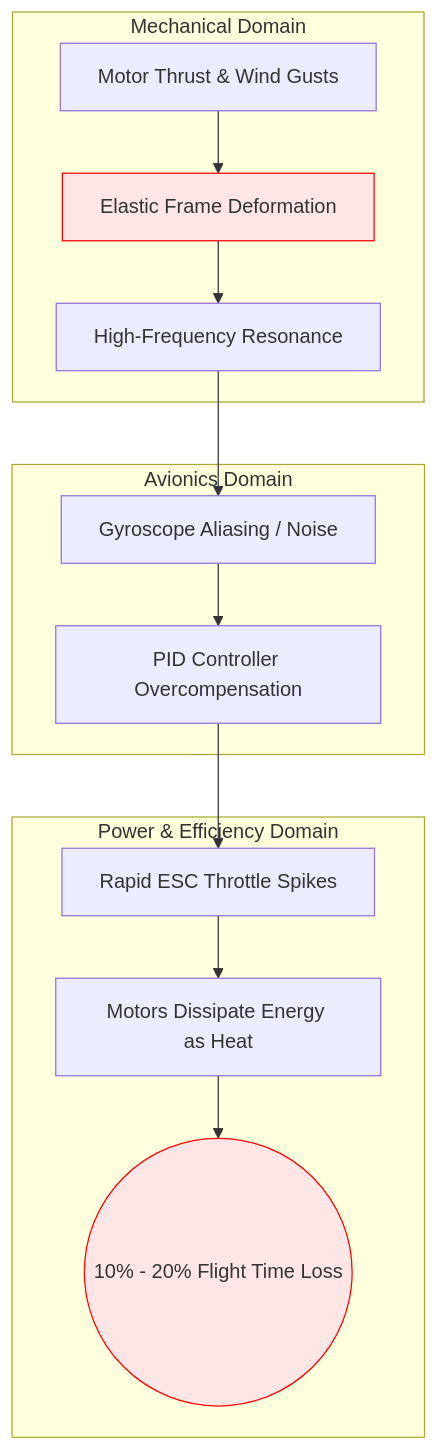
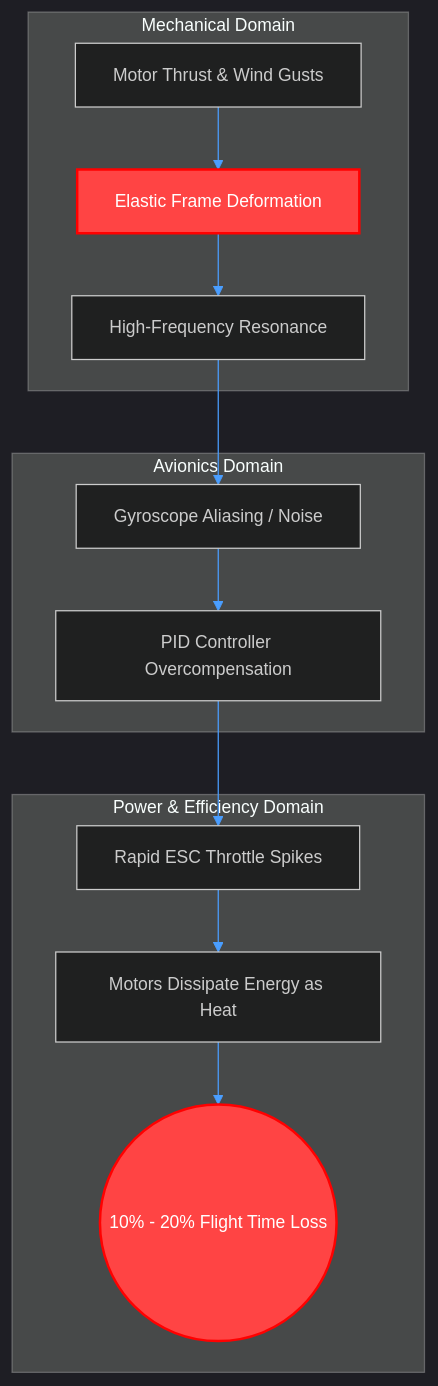
The first of 3 diagrams in hardware_cad/structural_analysis.md (ironLegion88/Autonomous-UAV), drawn with Mermaid before and after one commit. The commit also changed other lines of this file and 8 other files, not shown here.

````diff
--- a/hardware_cad/structural_analysis.md
+++ b/hardware_cad/structural_analysis.md
@@ -23,21 +23,22 @@
 ```mermaid
+%%{init: {'theme': 'dark', 'themeVariables': {'fontSize': '14px', 'primaryColor': '#1e1e1e', 'primaryTextColor': '#ffffff', 'primaryBorderColor': '#4a9eff', 'lineColor': '#4a9eff'}, 'flowchart': {'useMaxWidth': true}}}%%
 flowchart TD
     subgraph Mechanical Domain
         THRUST[Motor Thrust & Wind Gusts] --> FLEX[Elastic Frame Deformation]
         FLEX --> VIB[High-Frequency Resonance]
     end
 
     subgraph Avionics Domain
         VIB --> GYRO[Gyroscope Aliasing / Noise]
         GYRO --> PID[PID Controller Overcompensation]
     end
 
     subgraph Power & Efficiency Domain
         PID --> ESC[Rapid ESC Throttle Spikes]
         ESC --> HEAT[Motors Dissipate Energy as Heat]
         HEAT --> DRAIN((10#37; - 20#37; Flight Time Loss))
     end
     
-    style FLEX fill:#ffe6e6,stroke:#ff0000
-    style DRAIN fill:#ffe6e6,stroke:#ff0000
+    style FLEX fill:#ff4444,stroke:#ff0000,stroke-width:2px,color:#ffffff
+    style DRAIN fill:#ff4444,stroke:#ff0000,stroke-width:2px,color:#ffffff
 ```
````
